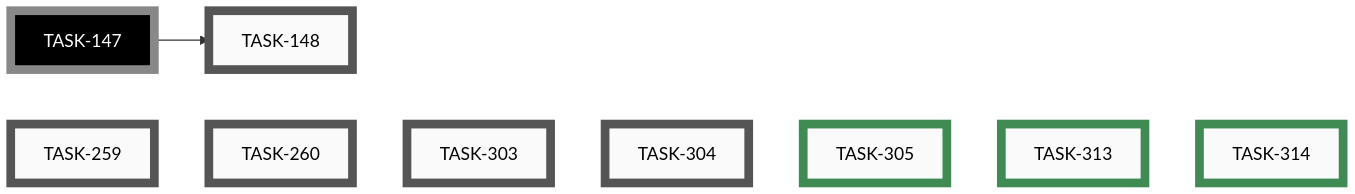
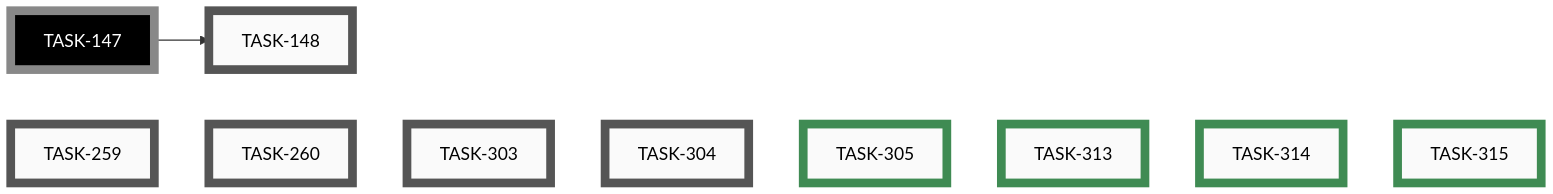
One commit to tgd1975/AwesomeStudioPedal changed the sixth of 6 diagrams in docs/developers/tasks/EPICS.md. Above: the diagram before and after it, drawn with Mermaid. The commit also changed other lines of this file and 23 other files, not shown here.

Commit message:
close TASK-315: Idea sub-file naming convention — one IDEA = one OVERVIEW row

````diff
--- a/docs/developers/tasks/EPICS.md
+++ b/docs/developers/tasks/EPICS.md
@@ -209,30 +209,32 @@
 ```mermaid
 graph LR
     TASK_148["TASK-148"]:::open
     TASK_259["TASK-259"]:::open
     TASK_260["TASK-260"]:::open
     TASK_303["TASK-303"]:::open
     TASK_304["TASK-304"]:::open
     TASK_305["TASK-305"]:::closed
     TASK_313["TASK-313"]:::closed
     TASK_314["TASK-314"]:::closed
+    TASK_315["TASK-315"]:::closed
     TASK_147["TASK-147"]:::openExt
     TASK_147 --> TASK_148
-    TASK_259 ~~~ TASK_260 ~~~ TASK_303 ~~~ TASK_304 ~~~ TASK_305 ~~~ TASK_313 ~~~ TASK_314
+    TASK_259 ~~~ TASK_260 ~~~ TASK_303 ~~~ TASK_304 ~~~ TASK_305 ~~~ TASK_313 ~~~ TASK_314 ~~~ TASK_315
     click TASK_148 "open/task-148-reorganise-developer-documentation.md"
     click TASK_259 "open/task-259-android-app-test-protocol.md"
     click TASK_260 "open/task-260-unify-version-numbers-across-deliverables.md"
     click TASK_303 "open/task-303-simulator-boots-with-demo-loaded.md"
     click TASK_304 "open/task-304-simulator-button-no-hover-reaction.md"
     click TASK_305 "closed/task-305-add-category-field-to-ideas.md"
     click TASK_313 "closed/task-313-emoji-icons-for-idea-categories.md"
     click TASK_314 "closed/task-314-nbsp-between-icon-and-category.md"
+    click TASK_315 "closed/task-315-idea-sub-file-naming-convention.md"
     classDef open    fill:#FAFAFA,stroke:#555,stroke-width:8px,color:#000
     classDef active  fill:#FAFAFA,stroke:#1A6FA8,stroke-width:8px,color:#000
     classDef closed  fill:#FAFAFA,stroke:#3F8B53,stroke-width:8px,color:#000
     classDef paused  fill:#FAFAFA,stroke:#B07810,stroke-width:8px,color:#000
     classDef openExt    fill:#000,stroke:#888,stroke-width:8px,color:#FFF
     classDef activeExt  fill:#000,stroke:#3FA9F5,stroke-width:8px,color:#FFF
     classDef closedExt  fill:#000,stroke:#7CC68A,stroke-width:8px,color:#FFF
     classDef pausedExt  fill:#000,stroke:#F0B030,stroke-width:8px,color:#FFF
 ```
````
